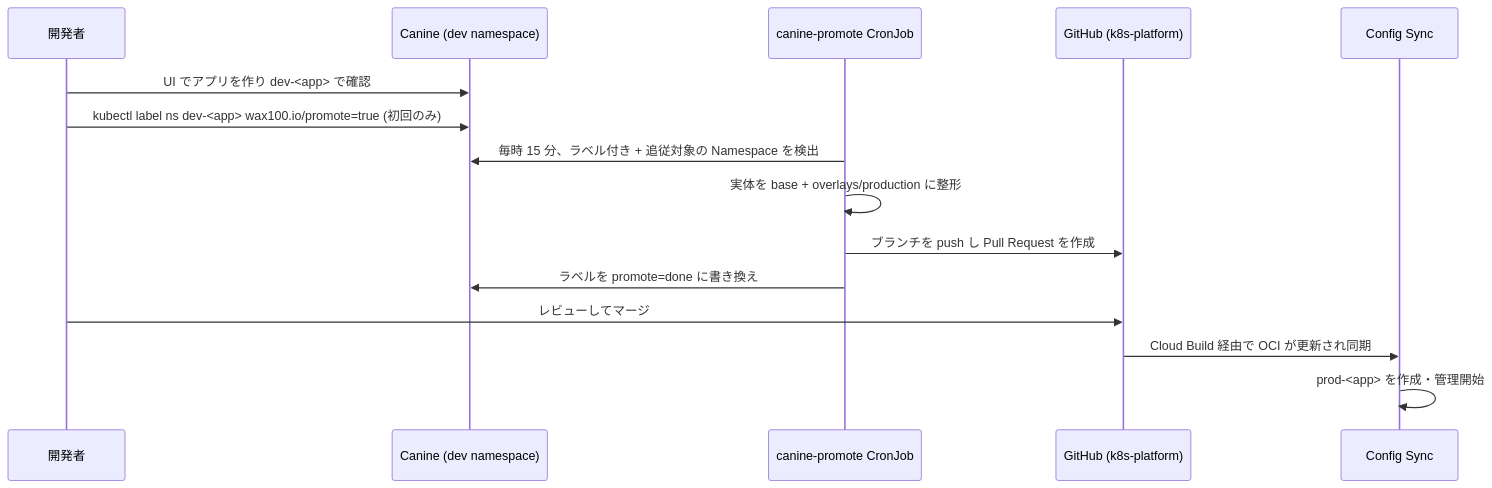
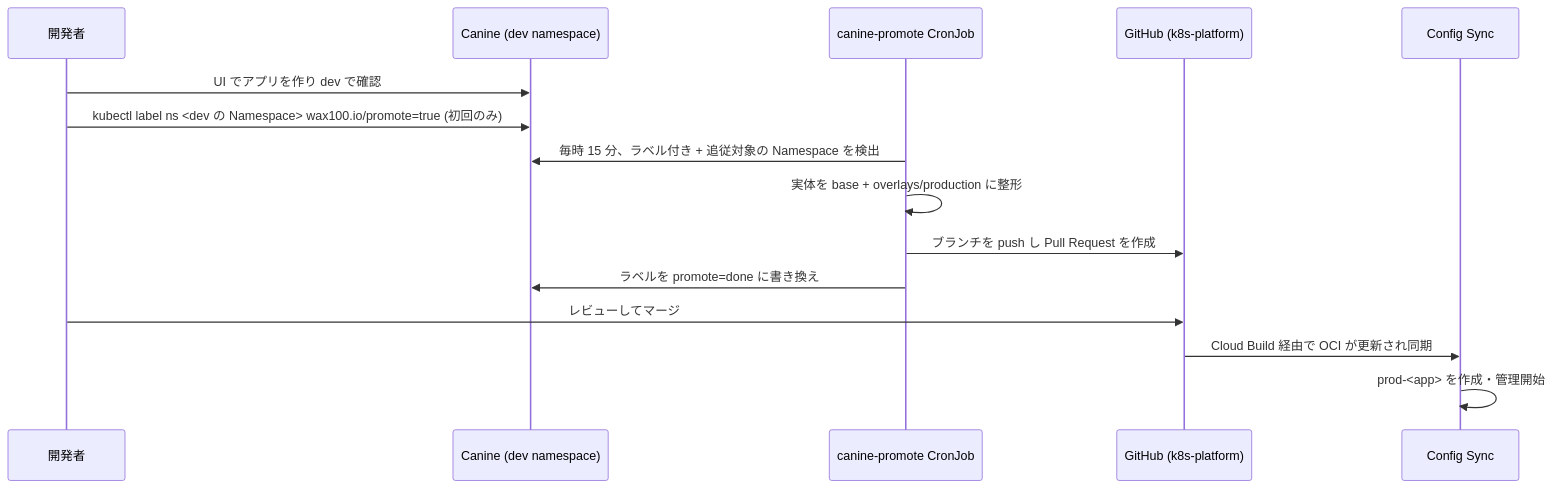
Before and after one commit to waxsd100/k8s-platform: the third of 3 diagrams in docs/DEPLOYMENT_FLOW.md, drawn with Mermaid. The commit also changed other lines of this file and 11 other files, not shown here.

First line of the commit message:
feat: drop the dev- namespace requirement; tell dev apart by Canine's label

````diff
--- a/docs/DEPLOYMENT_FLOW.md
+++ b/docs/DEPLOYMENT_FLOW.md
@@ -116,18 +118,18 @@
 ```mermaid
 sequenceDiagram
     participant Dev as 開発者
     participant CN as Canine (dev namespace)
     participant PJ as canine-promote CronJob
     participant GH as GitHub (k8s-platform)
     participant CS as Config Sync
 
-    Dev->>CN: UI でアプリを作り dev-<app> で確認
-    Dev->>CN: kubectl label ns dev-<app> wax100.io/promote=true (初回のみ)
+    Dev->>CN: UI でアプリを作り dev で確認
+    Dev->>CN: kubectl label ns <dev の Namespace> wax100.io/promote=true (初回のみ)
     PJ->>CN: 毎時 15 分、ラベル付き + 追従対象の Namespace を検出
     PJ->>PJ: 実体を base + overlays/production に整形
     PJ->>GH: ブランチを push し Pull Request を作成
     PJ->>CN: ラベルを promote=done に書き換え
     Dev->>GH: レビューしてマージ
     GH->>CS: Cloud Build 経由で OCI が更新され同期
     CS->>CS: prod-<app> を作成・管理開始
 ```
````
